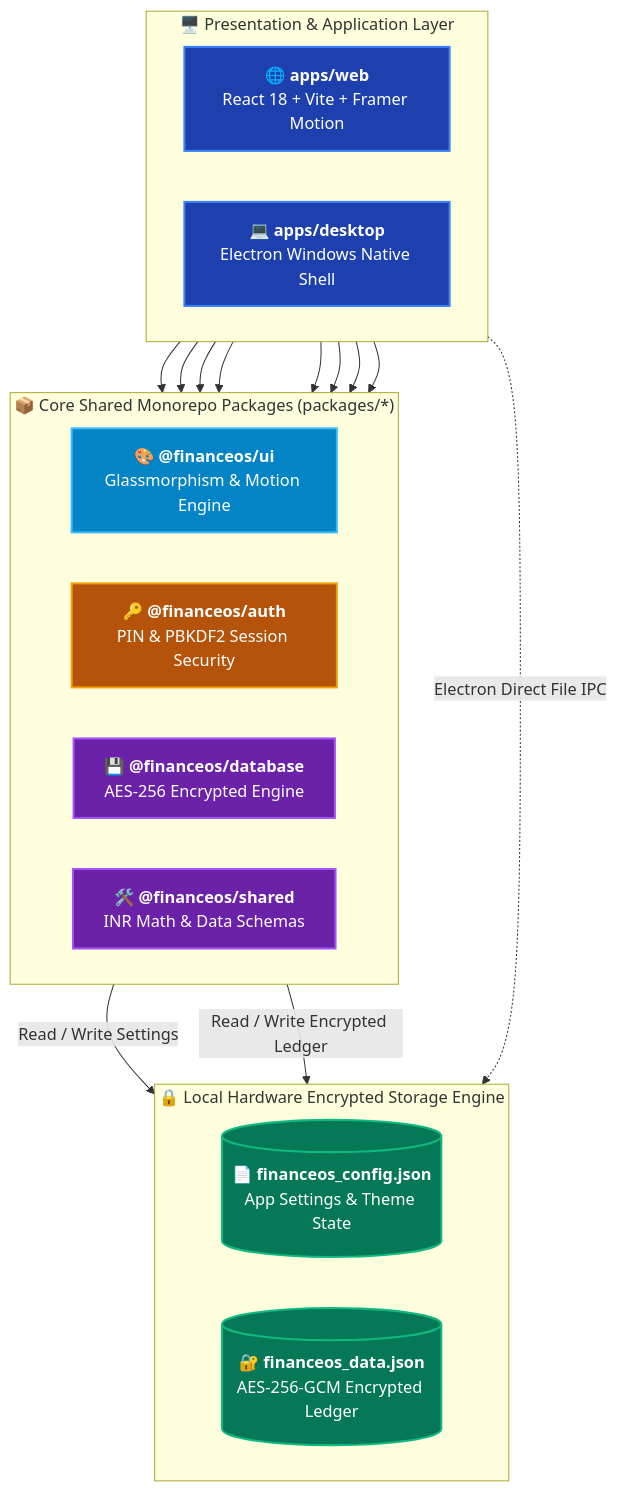
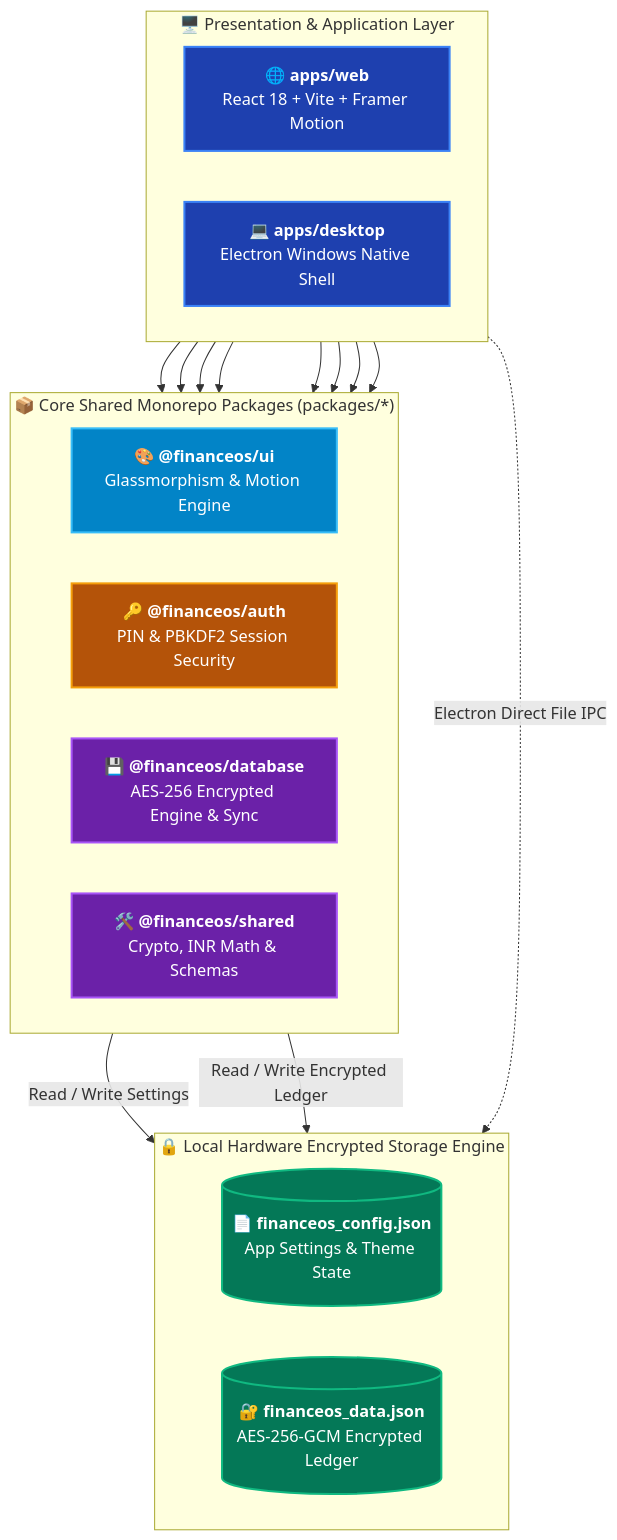
The first of 3 diagrams in README.md (AnuroopSrivastava/MyFinanceOS), drawn with Mermaid before and after one commit. The commit also changed other lines of this file and 13 other files, not shown here.

Commit message:
docs & fix: update README, fix empty block statement in database package, and sync workspace updates

````diff
--- a/README.md
+++ b/README.md
@@ -78,44 +102,44 @@
 ```mermaid
 flowchart TD
     classDef client fill:#1e40af,stroke:#3b82f6,stroke-width:2px,color:#fff;
     classDef uiSys fill:#0284c7,stroke:#38bdf8,stroke-width:2px,color:#fff;
     classDef corePkg fill:#6b21a8,stroke:#a855f7,stroke-width:2px,color:#fff;
     classDef authPkg fill:#b45309,stroke:#f59e0b,stroke-width:2px,color:#fff;
     classDef diskStore fill:#047857,stroke:#10b981,stroke-width:2px,color:#fff;
 
     subgraph AppLayer["🖥️ Presentation & Application Layer"]
         direction LR
         Web["🌐 <b>apps/web</b><br/>React 18 + Vite + Framer Motion"]:::client
         Desktop["💻 <b>apps/desktop</b><br/>Electron Windows Native Shell"]:::client
     end
 
     subgraph PackageLayer["📦 Core Shared Monorepo Packages (packages/*)"]
         direction LR
         UI["🎨 <b>@financeos/ui</b><br/>Glassmorphism & Motion Engine"]:::uiSys
         Auth["🔑 <b>@financeos/auth</b><br/>PIN & PBKDF2 Session Security"]:::authPkg
-        DB["💾 <b>@financeos/database</b><br/>AES-256 Encrypted Engine"]:::corePkg
-        Shared["🛠️ <b>@financeos/shared</b><br/>INR Math & Data Schemas"]:::corePkg
+        DB["💾 <b>@financeos/database</b><br/>AES-256 Encrypted Engine & Sync"]:::corePkg
+        Shared["🛠️ <b>@financeos/shared</b><br/>Crypto, INR Math & Schemas"]:::corePkg
     end
 
     subgraph StorageLayer["🔒 Local Hardware Encrypted Storage Engine"]
         direction LR
         ConfigFile[("📄 <b>financeos_config.json</b><br/>App Settings & Theme State")]:::diskStore
         DataFile[("🔐 <b>financeos_data.json</b><br/>AES-256-GCM Encrypted Ledger")]:::diskStore
     end
 
     %% Client Layer to Packages
     Web --> UI
     Web --> Auth
     Web --> DB
     Web --> Shared
 
     Desktop --> UI
     Desktop --> Auth
     Desktop --> DB
     Desktop --> Shared
 
     %% Package Layer to File Storage
     DB -->|Read / Write Settings| ConfigFile
     DB -->|Read / Write Encrypted Ledger| DataFile
     Desktop -.->|Electron Direct File IPC| DataFile
 ```
````
